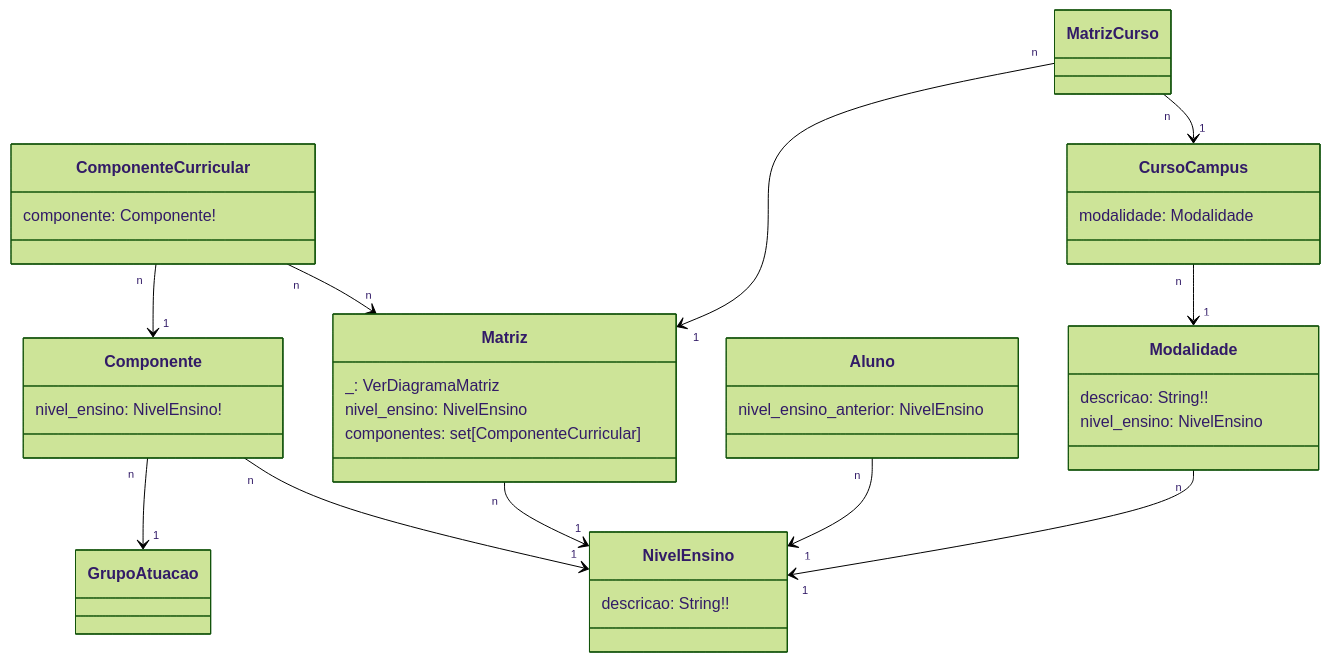
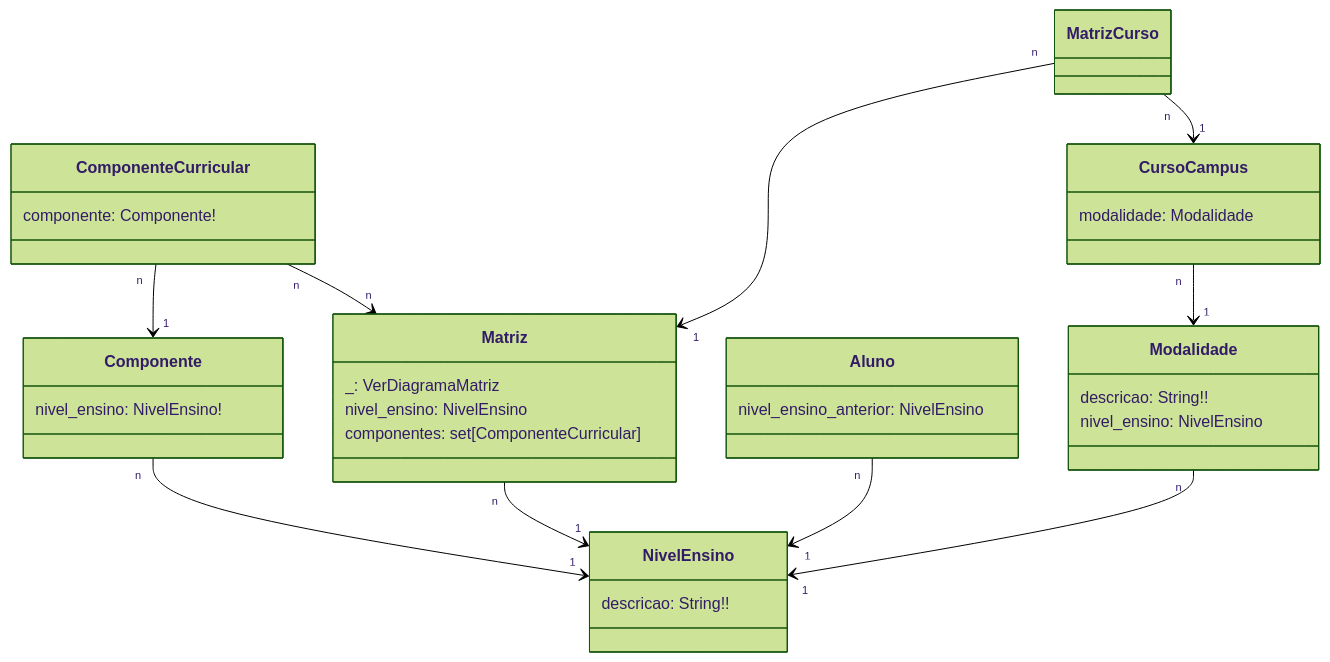
One commit to cte-zl-ifrn/cte-zl-ifrn.github.io changed the second of 2 diagrams in suap/modelo_edu_dupla_referencia.md. Above: the diagram before and after it, drawn with Mermaid (forest theme).

Commit message:
Referências ambíguas

````diff
--- a/suap/modelo_edu_dupla_referencia.md
+++ b/suap/modelo_edu_dupla_referencia.md
@@ -34,44 +34,43 @@
 ```mermaid
 classDiagram
     class NivelEnsino {
         descricao: String!!
     }
     class Modalidade{
         descricao: String!!
         nivel_ensino: NivelEnsino
     }
     class Componente {
         nivel_ensino: NivelEnsino!
     }
     class ComponenteCurricular {
         componente: Componente!
     }
     class Matriz {
         _: VerDiagramaMatriz
         nivel_ensino: NivelEnsino
         componentes: set[ComponenteCurricular]
     }
     class Aluno {
         nivel_ensino_anterior: NivelEnsino
     }
     class CursoCampus{
         modalidade: Modalidade
     }
 
     Componente "n" --> "1" NivelEnsino
-    Componente "n" --> "1" GrupoAtuacao
 
     Matriz "n" --> "1" NivelEnsino
 
     Aluno "n" --> "1" NivelEnsino
 
     ComponenteCurricular "n" --> "1" Componente
     ComponenteCurricular "n" --> "n" Matriz
 
     MatrizCurso "n" --> "1" CursoCampus
     MatrizCurso "n" --> "1" Matriz
 
     CursoCampus "n" --> "1" Modalidade
     
     Modalidade "n" --> "1" NivelEnsino
 ```
````
